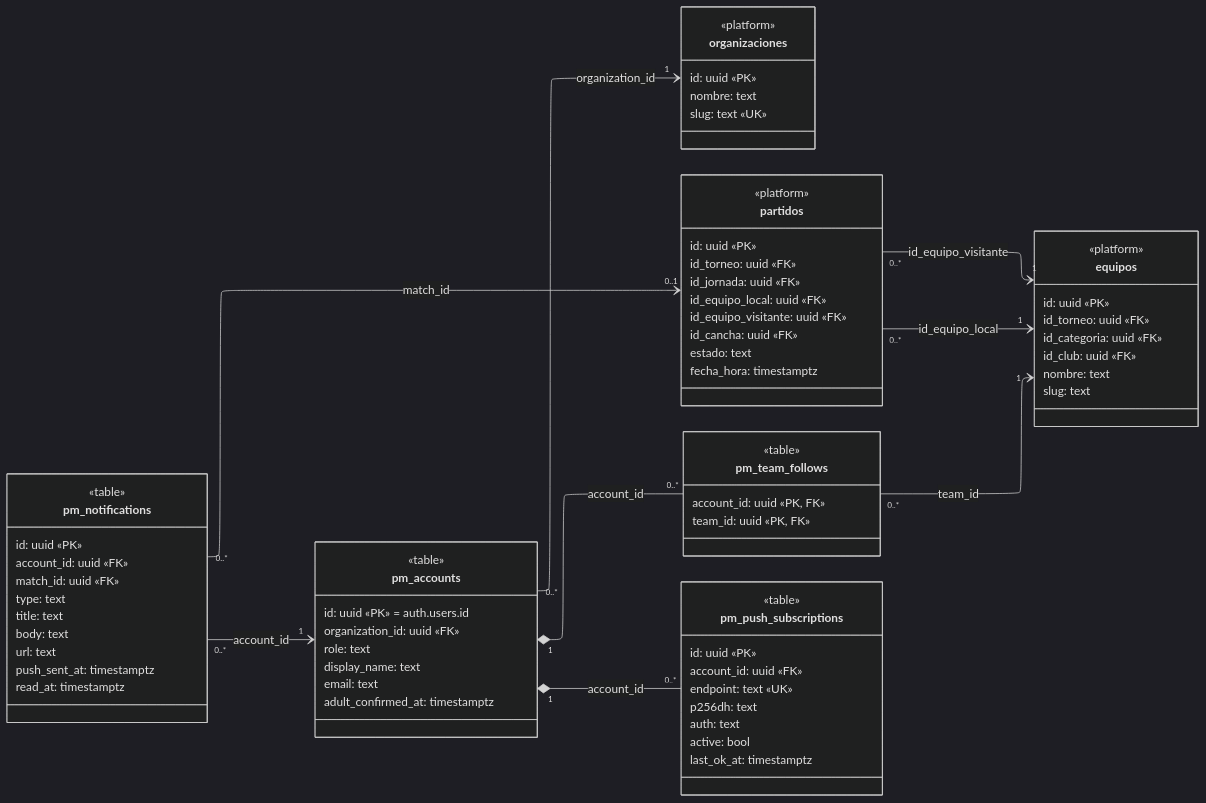
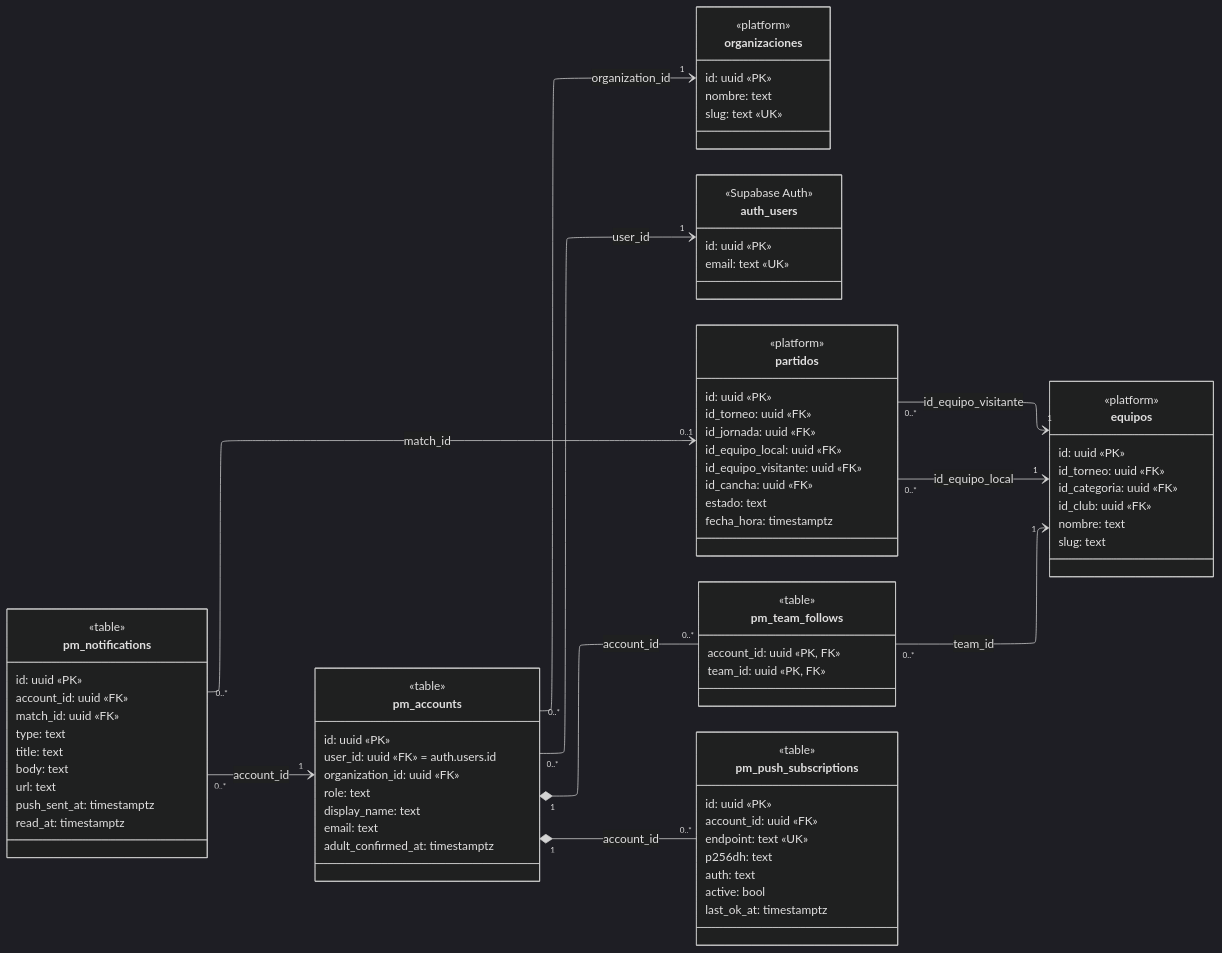
Before and after one commit to hmragencia/ingesoft2-tournament-platform: the second of 5 diagrams in Workshop-2/04-relational-database-model.md, drawn with Mermaid (dark theme). The commit also changed other lines of this file and 20 other files, not shown here.

First line of the commit message:
Unify Workshop 2: explicit architecture style, Cloudflare, white-label

```diff
--- a/Workshop-2/04-relational-database-model.md
+++ b/Workshop-2/04-relational-database-model.md
@@ -139,6 +139,11 @@
     id: uuid «PK»
     nombre: text
     slug: text «UK»
+  }
+  class auth_users {
+    <<Supabase Auth>>
+    id: uuid «PK»
+    email: text «UK»
   }
   class equipos {
     <<platform>>
@@ -162,7 +167,8 @@
   }
   class pm_accounts {
     <<table>>
-    id: uuid «PK» = auth.users.id
+    id: uuid «PK»
+    user_id: uuid «FK» = auth.users.id
     organization_id: uuid «FK»
     role: text
     display_name: text
@@ -198,6 +204,7 @@
   }
 
   pm_accounts "0..*" --> "1" organizaciones : organization_id
+  pm_accounts "0..*" --> "1" auth_users : user_id
   pm_accounts "1" *-- "0..*" pm_team_follows : account_id
   pm_team_follows "0..*" --> "1" equipos : team_id
   pm_accounts "1" *-- "0..*" pm_push_subscriptions : account_id
```
